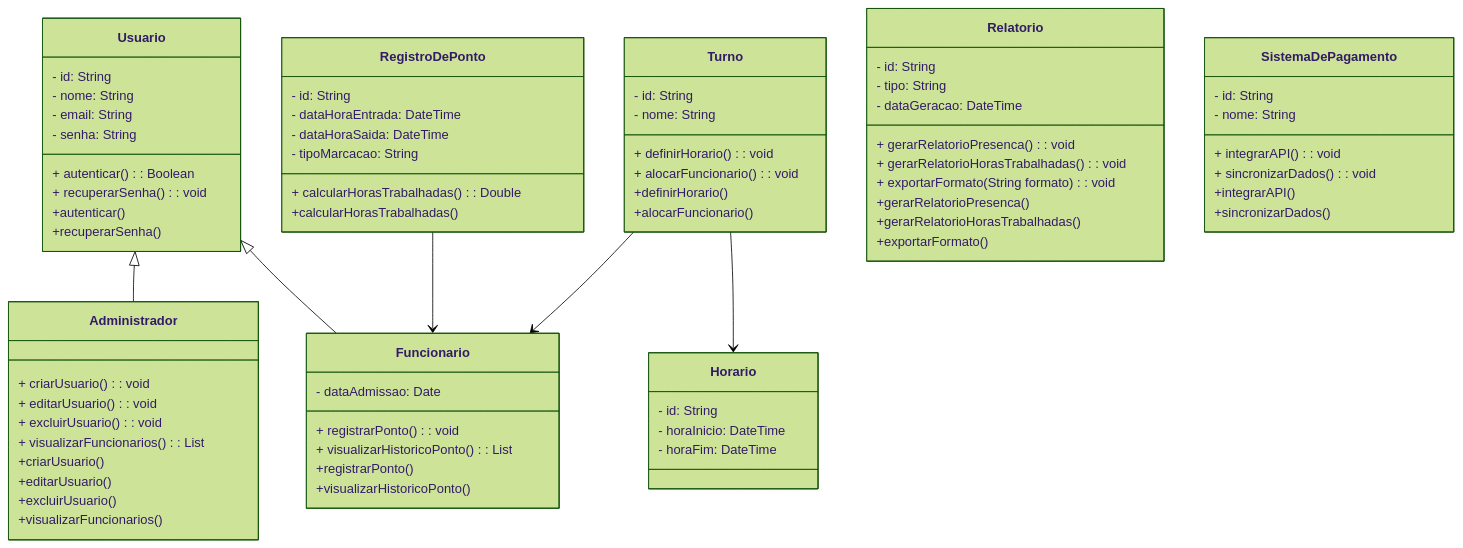
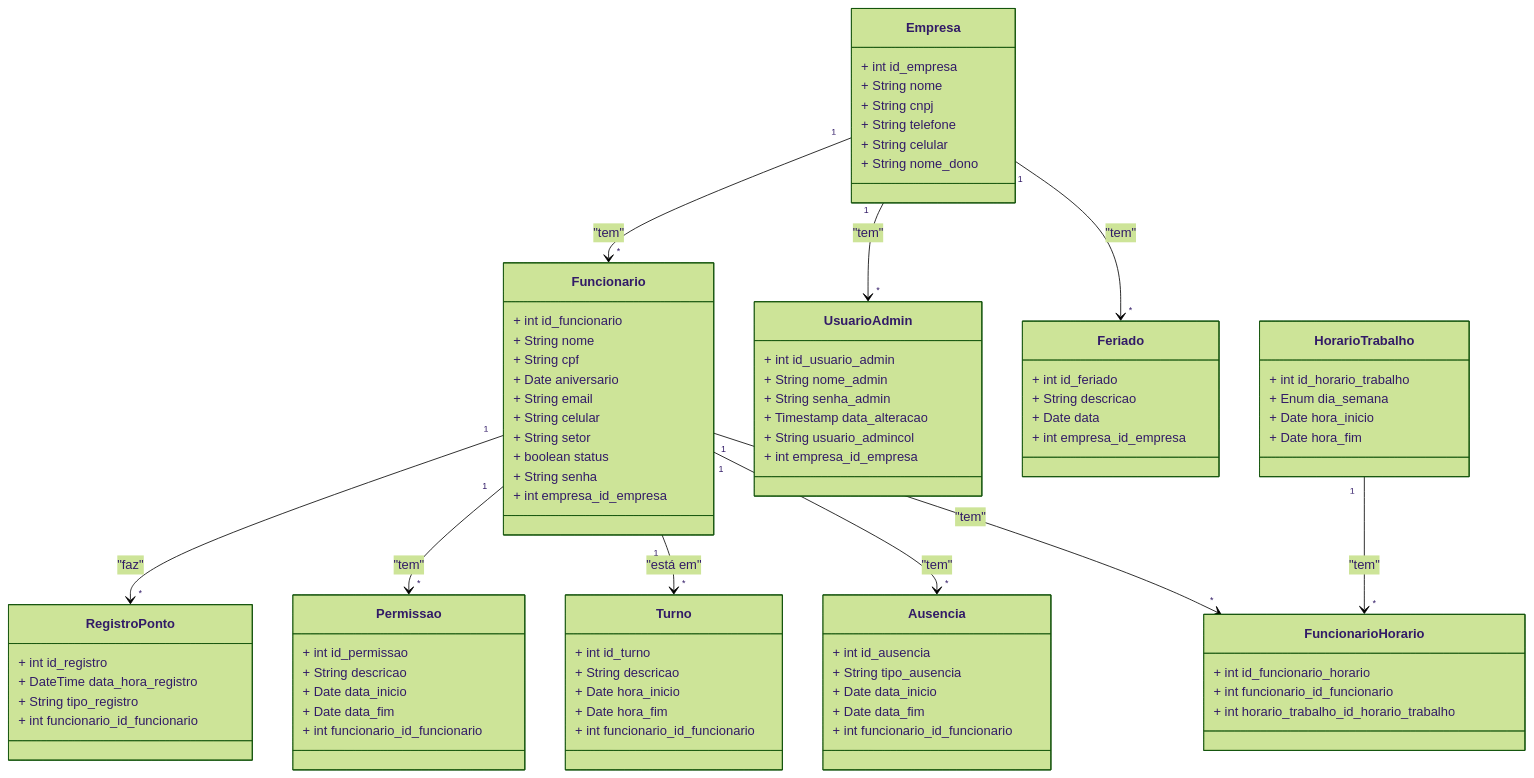
The diagram in README.md (Eduardo-J-S/sistema-ponto-eletronico), drawn with Mermaid (forest theme) before and after one commit.

Commit message:
README UPDATE

````diff
--- a/README.md
+++ b/README.md
@@ -3,84 +3,95 @@
 ```mermaid
 classDiagram
-    class Usuario {
-        - id: String
-        - nome: String
-        - email: String
-        - senha: String
-        + autenticar(): Boolean
-        + recuperarSenha(): void
+    class Empresa {
+        + int id_empresa
+        + String nome
+        + String cnpj
+        + String telefone
+        + String celular
+        + String nome_dono
     }
-    
-    class Administrador {
-        + criarUsuario(): void
-        + editarUsuario(): void
-        + excluirUsuario(): void
-        + visualizarFuncionarios(): List<Funcionario>
+
+    class Funcionario {
+        + int id_funcionario
+        + String nome
+        + String cpf
+        + Date aniversario
+        + String email
+        + String celular
+        + String setor
+        + boolean status
+        + String senha
+        + int empresa_id_empresa
     }
-    Usuario <|-- Administrador
-    
-    class Funcionario {
-        - dataAdmissao: Date
-        + registrarPonto(): void
-        + visualizarHistoricoPonto(): List<RegistroDePonto>
+
+    class UsuarioAdmin {
+        + int id_usuario_admin
+        + String nome_admin
+        + String senha_admin
+        + Timestamp data_alteracao
+        + String usuario_admincol
+        + int empresa_id_empresa
     }
-    Usuario <|-- Funcionario
-    
-    class RegistroDePonto {
-        - id: String
-        - dataHoraEntrada: DateTime
-        - dataHoraSaida: DateTime
-        - tipoMarcacao: String
-        + calcularHorasTrabalhadas(): Double
+
+    class Feriado {
+        + int id_feriado
+        + String descricao
+        + Date data
+        + int empresa_id_empresa
     }
-    RegistroDePonto --> Funcionario
 
-    class Horario {
-        - id: String
-        - horaInicio: DateTime
-        - horaFim: DateTime
+    class RegistroPonto {
+        + int id_registro
+        + DateTime data_hora_registro
+        + String tipo_registro
+        + int funcionario_id_funcionario
     }
-    
+
+    class Permissao {
+        + int id_permissao
+        + String descricao
+        + Date data_inicio
+        + Date data_fim
+        + int funcionario_id_funcionario
+    }
+
+    class HorarioTrabalho {
+        + int id_horario_trabalho
+        + Enum dia_semana
+        + Date hora_inicio
+        + Date hora_fim
+    }
+
     class Turno {
-        - id: String
-        - nome: String
-        + definirHorario(): void
-        + alocarFuncionario(): void
+        + int id_turno
+        + String descricao
+        + Date hora_inicio
+        + Date hora_fim
+        + int funcionario_id_funcionario
     }
-    Turno --> Horario
-    Turno --> Funcionario
-    
-    class Relatorio {
-        - id: String
-        - tipo: String
-        - dataGeracao: DateTime
-        + gerarRelatorioPresenca(): void
-        + gerarRelatorioHorasTrabalhadas(): void
-        + exportarFormato(String formato): void
+
+    class Ausencia {
+        + int id_ausencia
+        + String tipo_ausencia
+        + Date data_inicio
+        + Date data_fim
+        + int funcionario_id_funcionario
     }
-    
-    class SistemaDePagamento {
-        - id: String
-        - nome: String
-        + integrarAPI(): void
-        + sincronizarDados(): void
+
+    class FuncionarioHorario {
+        + int id_funcionario_horario
+        + int funcionario_id_funcionario
+        + int horario_trabalho_id_horario_trabalho
     }
-    
-    Usuario : +autenticar()
-    Usuario : +recuperarSenha()
-    Administrador : +criarUsuario()
-    Administrador : +editarUsuario()
-    Administrador : +excluirUsuario()
-    Administrador : +visualizarFuncionarios()
-    Funcionario : +registrarPonto()
-    Funcionario : +visualizarHistoricoPonto()
-    RegistroDePonto : +calcularHorasTrabalhadas()
-    Turno : +definirHorario()
-    Turno : +alocarFuncionario()
-    Relatorio : +gerarRelatorioPresenca()
-    Relatorio : +gerarRelatorioHorasTrabalhadas()
-    Relatorio : +exportarFormato()
-    SistemaDePagamento : +integrarAPI()
-    SistemaDePagamento : +sincronizarDados()
+
+    Empresa "1" --> "*" Funcionario : "tem"
+    Empresa "1" --> "*" UsuarioAdmin : "tem"
+    Empresa "1" --> "*" Feriado : "tem"
+    Funcionario "1" --> "*" RegistroPonto : "faz"
+    Funcionario "1" --> "*" Permissao : "tem"
+    Funcionario "1" --> "*" Turno : "está em"
+    Funcionario "1" --> "*" Ausencia : "tem"
+    Funcionario "1" --> "*" FuncionarioHorario : "tem"
+    HorarioTrabalho "1" --> "*" FuncionarioHorario : "tem"
 
 ```
````
